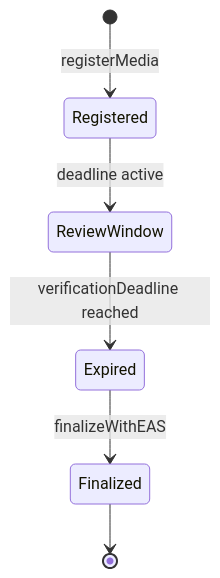
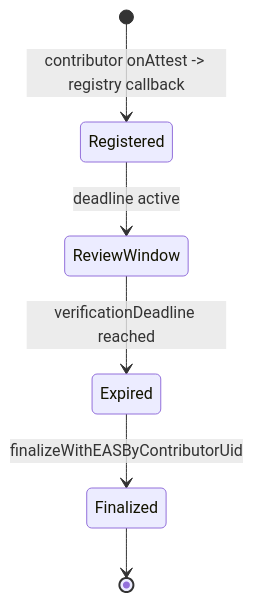
The second of 2 diagrams in README.md (attestiaprotocol/contracts), drawn with Mermaid before and after one commit. The commit also changed other lines of this file and 11 other files, not shown here.

````diff
--- a/README.md
+++ b/README.md
@@ -63,8 +68,8 @@
 ```mermaid
 stateDiagram-v2
-    [*] --> Registered: registerMedia
+    [*] --> Registered: contributor onAttest -> registry callback
     Registered --> ReviewWindow: deadline active
     ReviewWindow --> Expired: verificationDeadline reached
-    Expired --> Finalized: finalizeWithEAS
+    Expired --> Finalized: finalizeWithEASByContributorUid
     Finalized --> [*]
 ```
````
